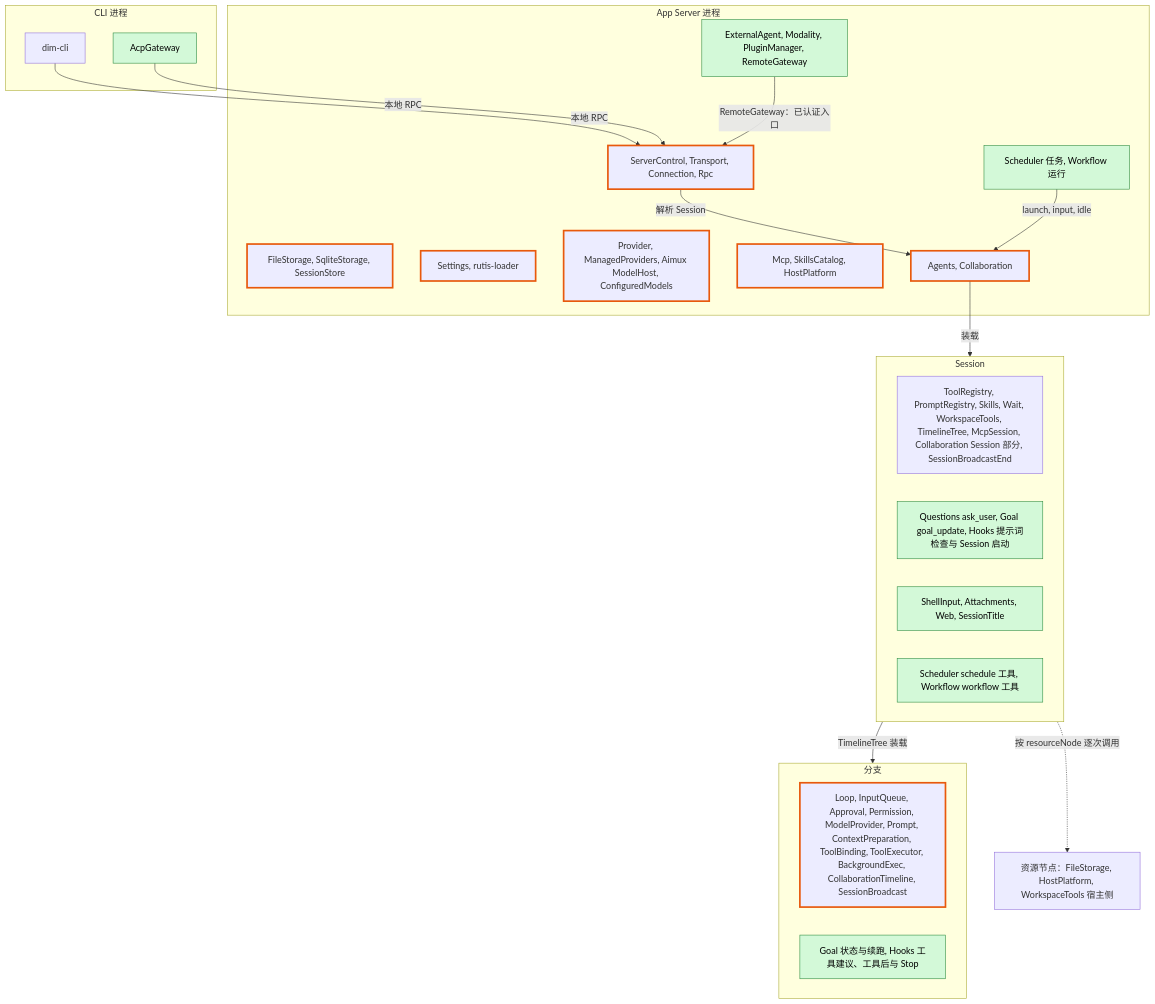
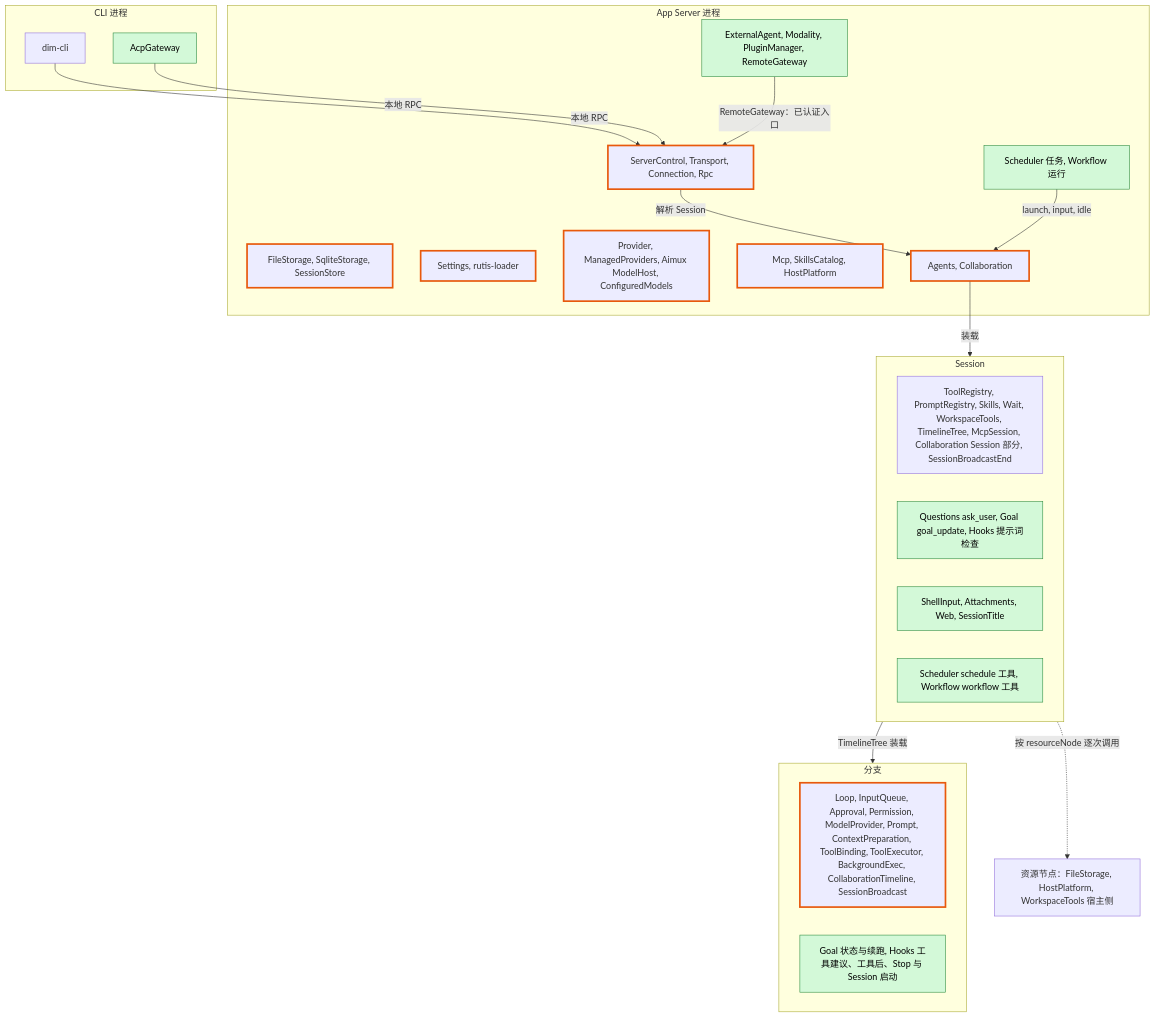
The first of 8 diagrams in docs/zh/design/overview.md (CoutinhoTTS/dim-agent), drawn with Mermaid before and after one commit. The commit also changed other lines of this file and 13 other files, not shown here.

````diff
--- a/docs/zh/design/overview.md
+++ b/docs/zh/design/overview.md
@@ -25,40 +25,40 @@
 ```mermaid
 flowchart TB
   classDef new fill:#d3f9d8,stroke:#2b8a3e,color:#000
   classDef changed stroke:#e8590c,stroke-width:3px
 
   subgraph CLIP["CLI 进程"]
     cli["dim-cli"]
     acp["AcpGateway"]:::new
   end
   subgraph PROC["App Server 进程"]
     entry["ServerControl, Transport, Connection, Rpc"]:::changed
     store["FileStorage, SqliteStorage, SessionStore"]:::changed
     cfg["Settings, rutis-loader"]:::changed
     models["Provider, ManagedProviders, Aimux ModelHost, ConfiguredModels"]:::changed
     cat["Mcp, SkillsCatalog, HostPlatform"]:::changed
     agents["Agents, Collaboration"]:::changed
     pnew["Scheduler 任务, Workflow 运行"]:::new
     pext["ExternalAgent, Modality, PluginManager, RemoteGateway"]:::new
   end
   subgraph SES["Session"]
     sexist["ToolRegistry, PromptRegistry, Skills, Wait, WorkspaceTools, TimelineTree, McpSession, Collaboration Session 部分, SessionBroadcastEnd"]
-    snew1["Questions ask_user, Goal goal_update, Hooks 提示词检查与 Session 启动"]:::new
+    snew1["Questions ask_user, Goal goal_update, Hooks 提示词检查"]:::new
     snew2["ShellInput, Attachments, Web, SessionTitle"]:::new
     snew3["Scheduler schedule 工具, Workflow workflow 工具"]:::new
   end
   subgraph BR["分支"]
     bexist["Loop, InputQueue, Approval, Permission, ModelProvider, Prompt, ContextPreparation, ToolBinding, ToolExecutor, BackgroundExec, CollaborationTimeline, SessionBroadcast"]:::changed
-    bnew["Goal 状态与续跑, Hooks 工具建议、工具后与 Stop"]:::new
+    bnew["Goal 状态与续跑, Hooks 工具建议、工具后、Stop 与 Session 启动"]:::new
   end
   rn["资源节点：FileStorage, HostPlatform, WorkspaceTools 宿主侧"]
 
   cli -->|"本地 RPC"| entry
   acp -->|"本地 RPC"| entry
   pext -->|"RemoteGateway：已认证入口"| entry
   entry -->|"解析 Session"| agents
   agents -->|"装载"| SES
   SES -->|"TimelineTree 装载"| BR
   pnew -->|"launch, input, idle"| agents
   SES -.->|"按 resourceNode 逐次调用"| rn
 ```
````
